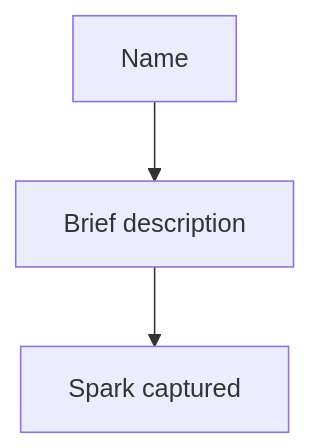
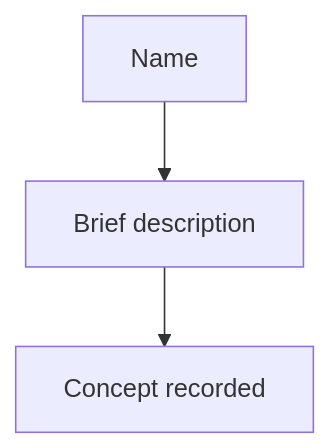
Before and after one commit to nvidela-dev/nakama: the eighth of 12 diagrams in docs/flows.md, drawn with Mermaid. The commit also changed other lines of this file and 22 other files, not shown here.

````diff
--- a/docs/flows.md
+++ b/docs/flows.md
@@ -103,4 +103,4 @@
 ```mermaid
 flowchart TD
-  A["Name"] --> B["Brief description"] --> C["Spark captured"]
+  A["Name"] --> B["Brief description"] --> C["Concept recorded"]
 ```
````
